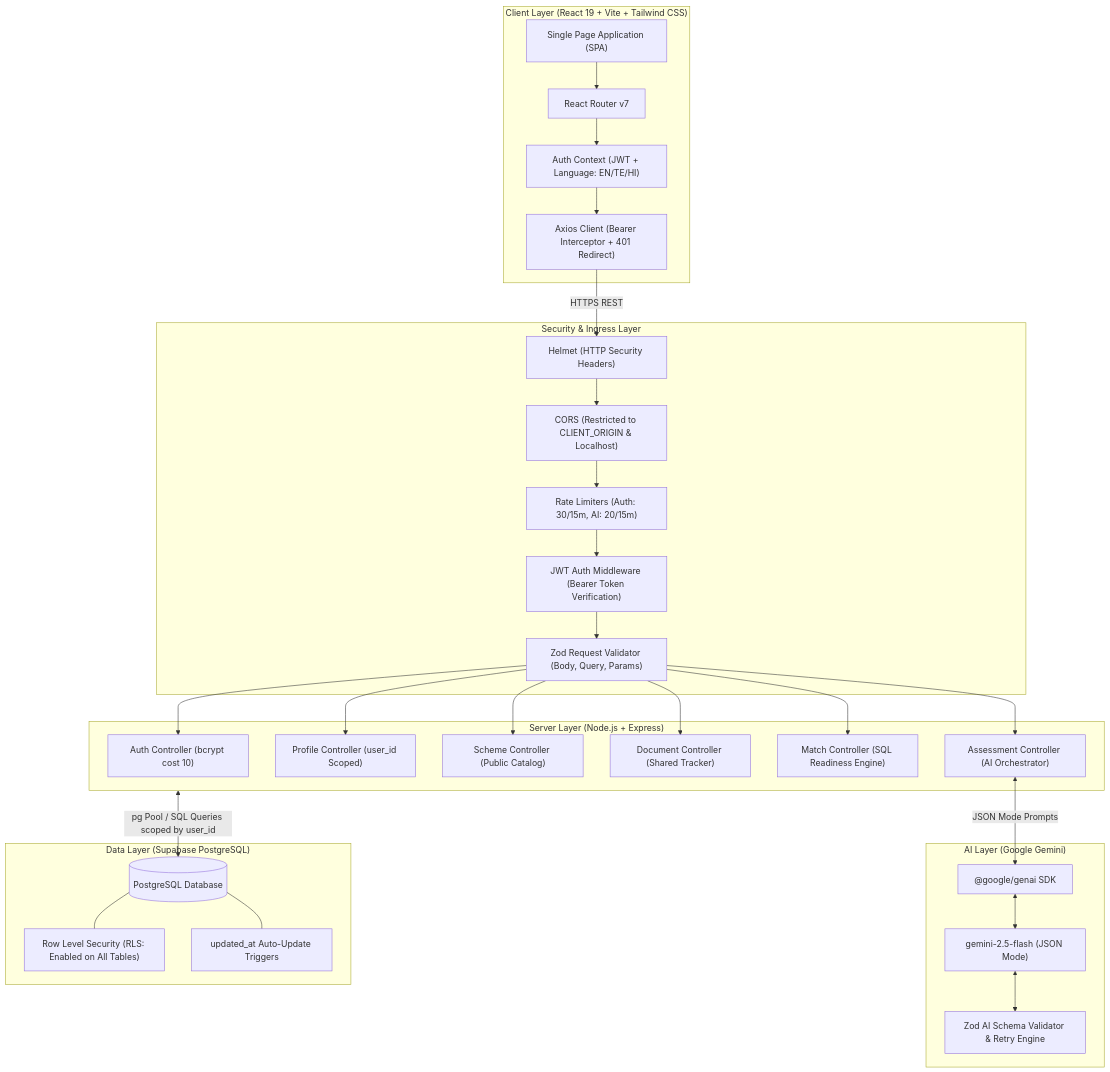
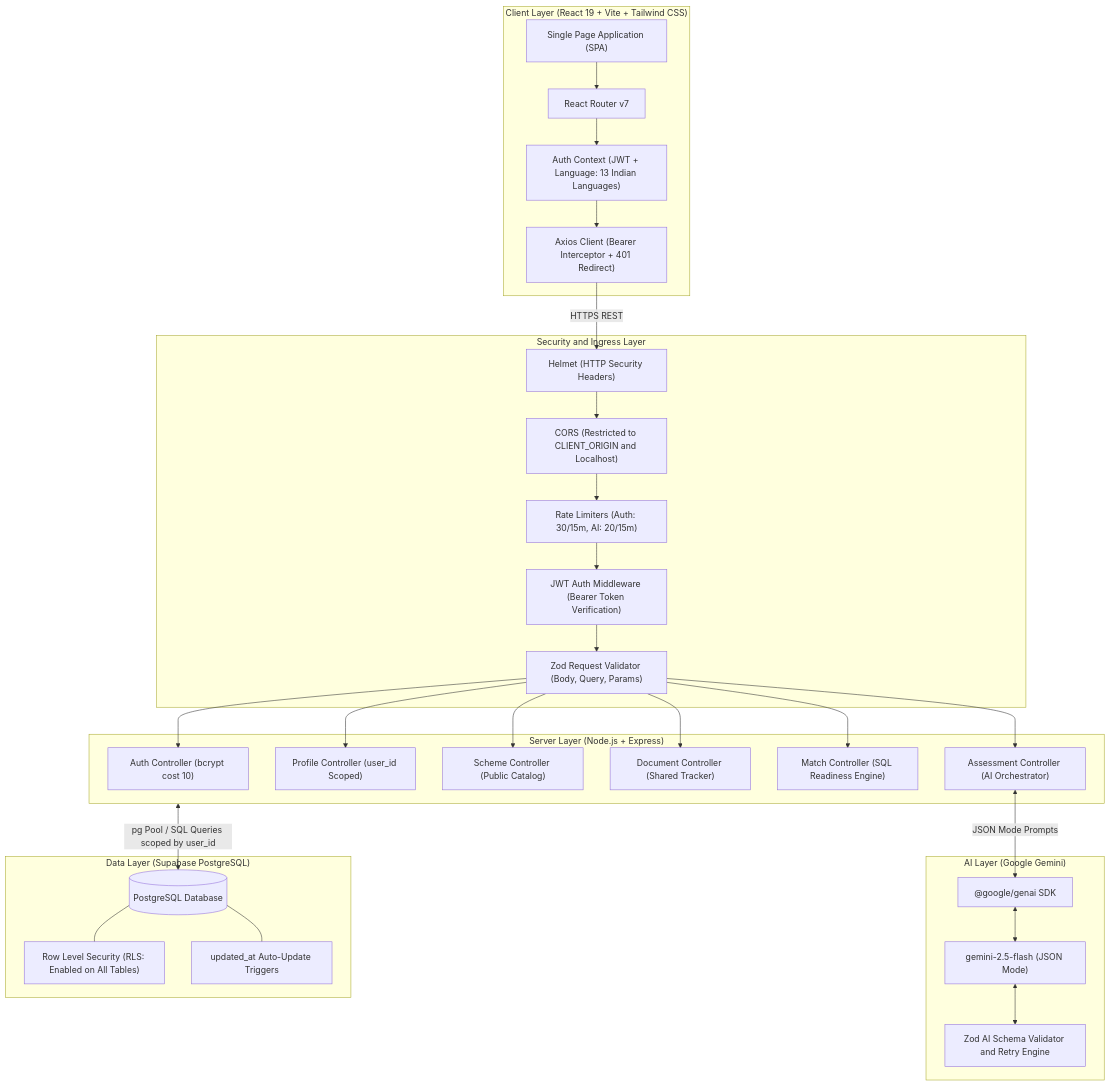
Before and after one commit to lakkireddysanjeevareddy8-ux/Policy-Pal: the first of 3 diagrams in docs/ARCHITECTURE.md, drawn with Mermaid. The commit also changed other lines of this file and 3 other files, not shown here.

Commit message:
docs: fix Mermaid diagrams, update language and catalog claims, add live demo links

````diff
--- a/docs/ARCHITECTURE.md
+++ b/docs/ARCHITECTURE.md
@@ -33,47 +33,54 @@
 ```mermaid
 graph TB
     subgraph ClientLayer ["Client Layer (React 19 + Vite + Tailwind CSS)"]
         SPA["Single Page Application (SPA)"]
         Router["React Router v7"]
-        AuthContext["Auth Context (JWT + Language: EN/TE/HI)"]
+        AuthContext["Auth Context (JWT + Language: 13 Indian Languages)"]
         AxiosClient["Axios Client (Bearer Interceptor + 401 Redirect)"]
-        SPA --> Router --> AuthContext --> AxiosClient
+        SPA --> Router
+        Router --> AuthContext
+        AuthContext --> AxiosClient
     end
 
-    subgraph SecurityLayer ["Security & Ingress Layer"]
+    subgraph SecurityLayer ["Security and Ingress Layer"]
         Helmet["Helmet (HTTP Security Headers)"]
-        CORS["CORS (Restricted to CLIENT_ORIGIN & Localhost)"]
+        CORS["CORS (Restricted to CLIENT_ORIGIN and Localhost)"]
         RateLimiter["Rate Limiters (Auth: 30/15m, AI: 20/15m)"]
         AuthMW["JWT Auth Middleware (Bearer Token Verification)"]
         ZodMW["Zod Request Validator (Body, Query, Params)"]
     end
 
     subgraph ServerLayer ["Server Layer (Node.js + Express)"]
         AuthController["Auth Controller (bcrypt cost 10)"]
         ProfileController["Profile Controller (user_id Scoped)"]
         SchemeController["Scheme Controller (Public Catalog)"]
         DocumentController["Document Controller (Shared Tracker)"]
         MatchController["Match Controller (SQL Readiness Engine)"]
         AssessmentController["Assessment Controller (AI Orchestrator)"]
     end
 
     subgraph AIEngine ["AI Layer (Google Gemini)"]
         GeminiSDK["@google/genai SDK"]
         Model["gemini-2.5-flash (JSON Mode)"]
-        ZodAI["Zod AI Schema Validator & Retry Engine"]
+        ZodAI["Zod AI Schema Validator and Retry Engine"]
     end
 
     subgraph DataLayer ["Data Layer (Supabase PostgreSQL)"]
-        DB[(PostgreSQL Database)]
+        DB[("PostgreSQL Database")]
         RLS["Row Level Security (RLS: Enabled on All Tables)"]
         Triggers["updated_at Auto-Update Triggers"]
     end
 
-    AxiosClient -->|HTTPS REST| Helmet
-    Helmet --> CORS --> RateLimiter --> AuthMW --> ZodMW
+    AxiosClient -->|"HTTPS REST"| Helmet
+    Helmet --> CORS
+    CORS --> RateLimiter
+    RateLimiter --> AuthMW
+    AuthMW --> ZodMW
     ZodMW --> AuthController & ProfileController & SchemeController & DocumentController & MatchController & AssessmentController
-    AssessmentController <-->|JSON Mode Prompts| GeminiSDK <--> Model <--> ZodAI
-    ServerLayer <-->|pg Pool / SQL Queries scoped by user_id| DB
+    AssessmentController <-->|"JSON Mode Prompts"| GeminiSDK
+    GeminiSDK <--> Model
+    Model <--> ZodAI
+    ServerLayer <-->|"pg Pool / SQL Queries scoped by user_id"| DB
     DB --- RLS
     DB --- Triggers
 ```
````
